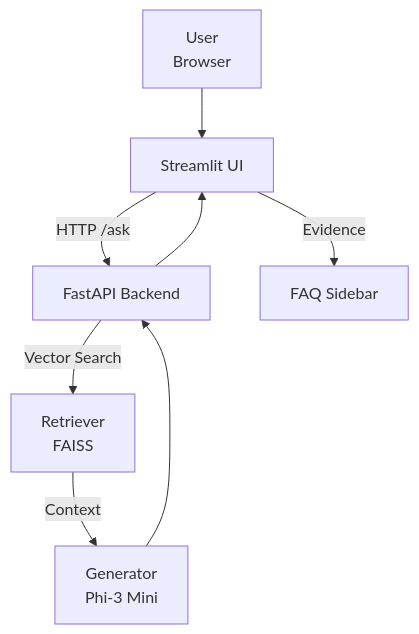
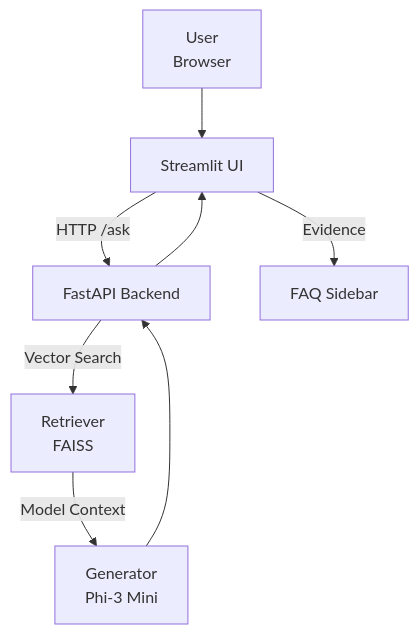
Before and after one commit to JDede1/rag-project: the first of 3 diagrams in README.md, drawn with Mermaid. The commit also changed other lines of this file, not shown here.

Commit message:
Updated README: Fixed mermaid diagrams

````diff
--- a/README.md
+++ b/README.md
@@ -57,9 +57,9 @@
 ```mermaid
 flowchart TB
     U["User<br>Browser"] --> S["Streamlit UI"]
     S -->|HTTP /ask| A["FastAPI Backend"]
     A -->|Vector Search| R["Retriever<br>FAISS"]
-    R -->|Context| G["Generator<br>Phi-3 Mini"]
+    R -->|Model Context| G["Generator<br>Phi-3 Mini"]
     G --> A --> S
     S -->|Evidence| SB["FAQ Sidebar"]
 ```
````
